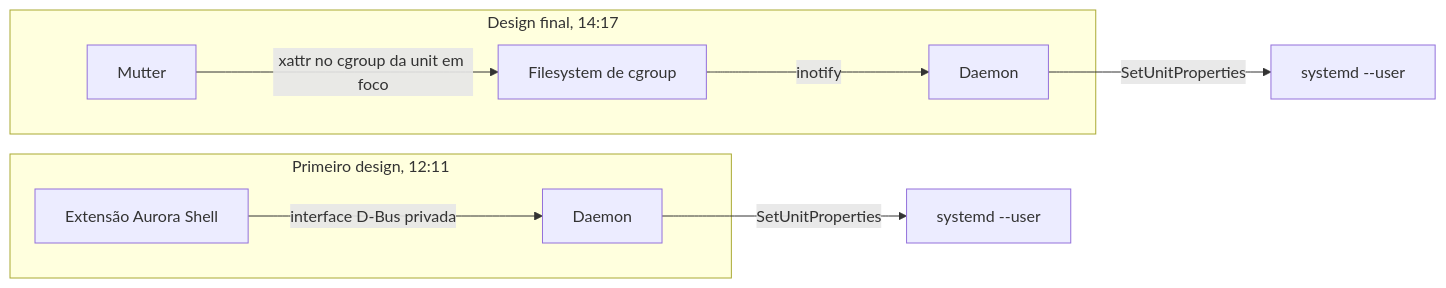
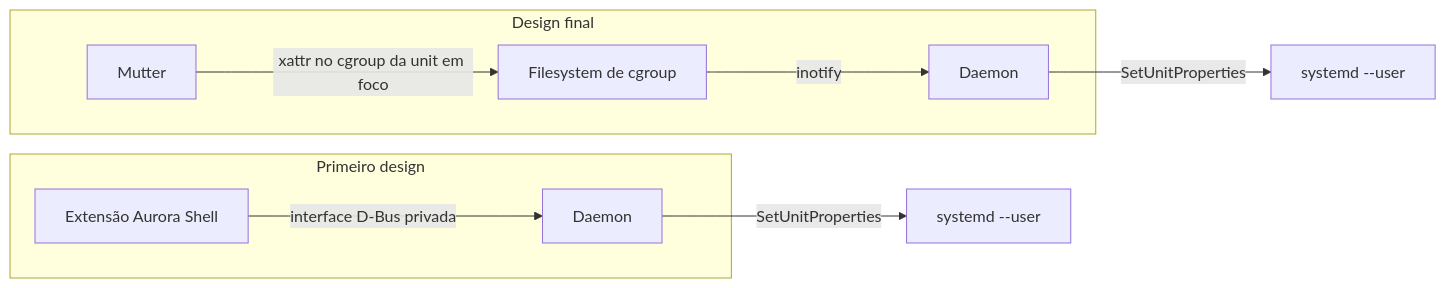
One commit to leandromqrs/leandromqrs.github.io changed the diagram in src/content/blog/pt-br/gnome-foreground-booster.md. Above: the diagram before and after it, drawn with Mermaid. The commit also changed other lines of this file and 1 other file, not shown here.

````diff
--- a/src/content/blog/pt-br/gnome-foreground-booster.md
+++ b/src/content/blog/pt-br/gnome-foreground-booster.md
@@ -24,12 +24,12 @@
 ```mermaid
 flowchart LR
-    subgraph v1["Primeiro design, 12:11"]
+    subgraph v1["Primeiro design"]
         A1["Extensão Aurora Shell"] -->|"interface D-Bus privada"| D1["Daemon"]
     end
-    subgraph v2["Design final, 14:17"]
+    subgraph v2["Design final"]
         M["Mutter"] -->|"xattr no cgroup da unit em foco"| F["Filesystem de cgroup"]
         F -->|"inotify"| D2["Daemon"]
     end
     D1 -->|"SetUnitProperties"| S1["systemd --user"]
     D2 -->|"SetUnitProperties"| S2["systemd --user"]
 ```
````
